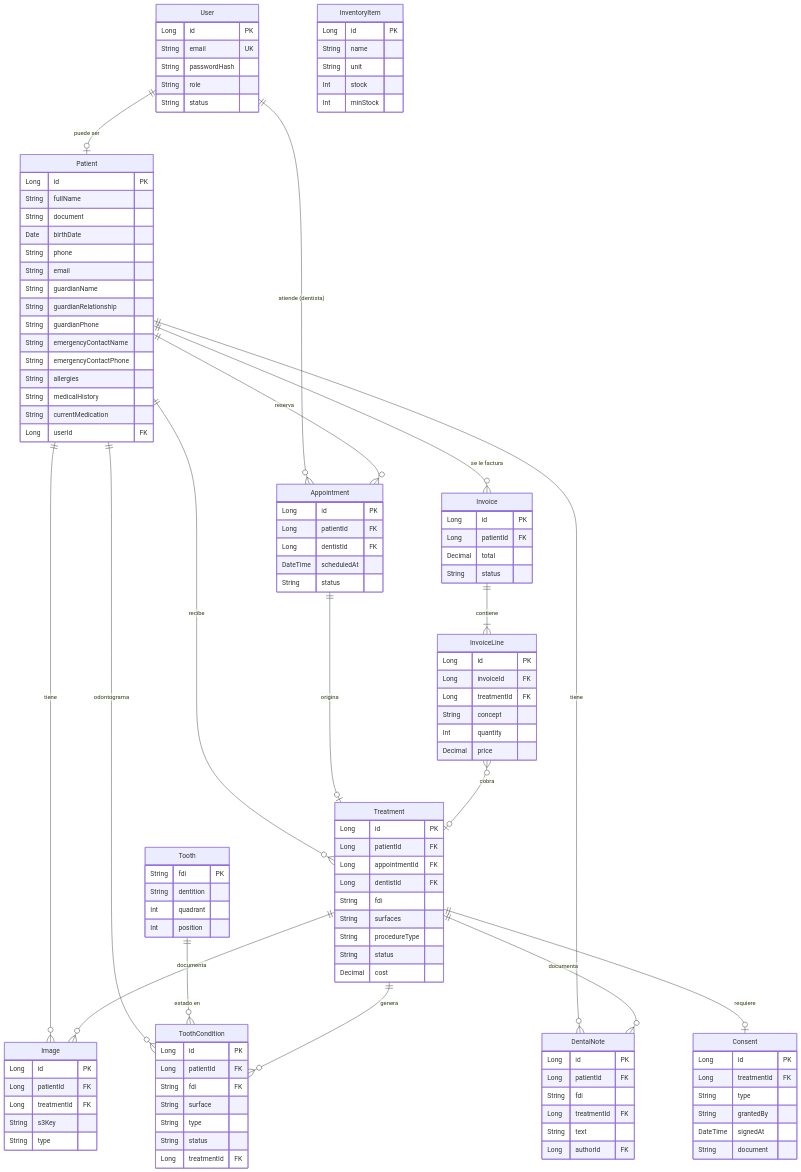
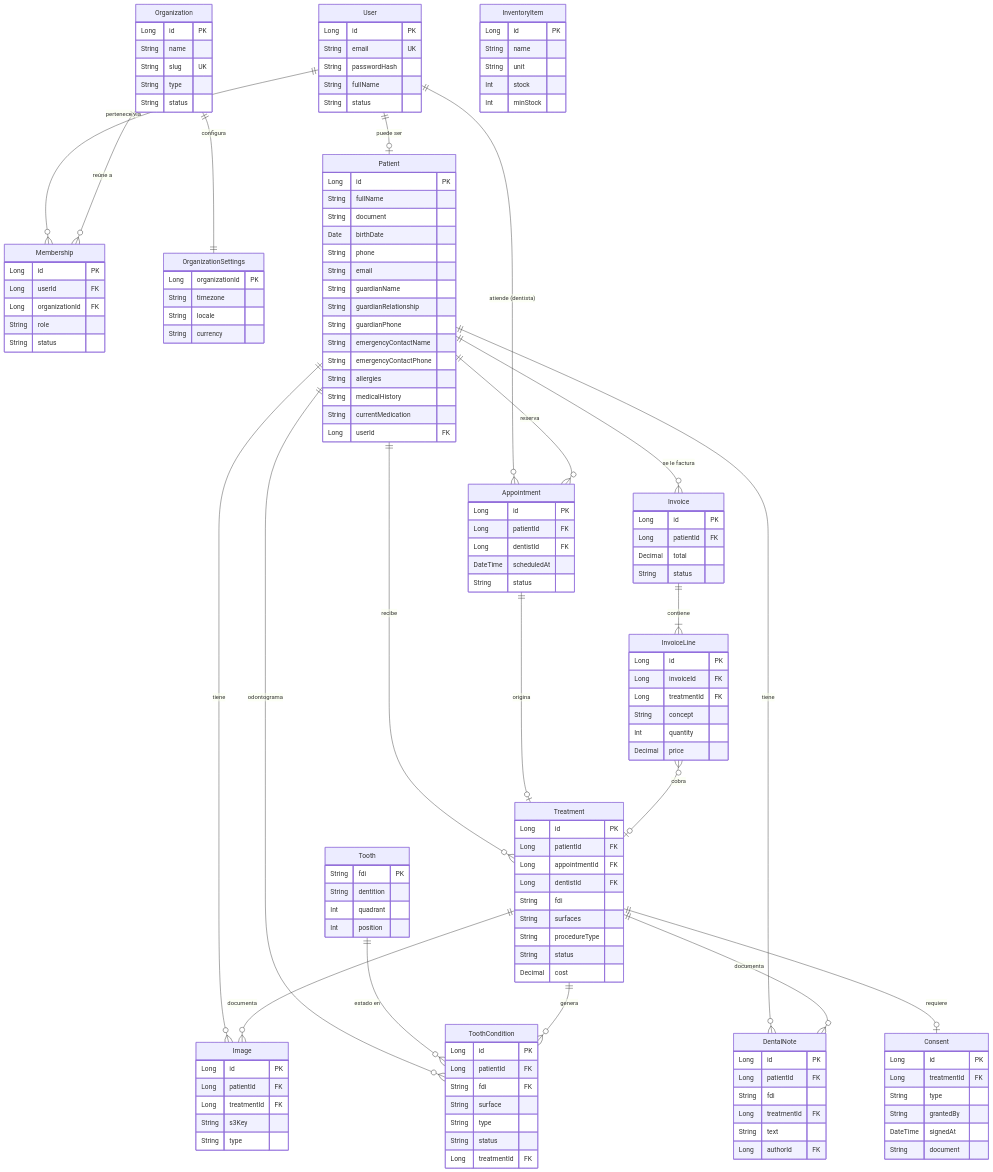
Before and after one commit to Davico84/DentDesk: the diagram in docs/domain.md, drawn with Mermaid. The commit also changed other lines of this file and 10 other files, not shown here.

````diff
--- a/docs/domain.md
+++ b/docs/domain.md
@@ -161,5 +180,8 @@
 ```mermaid
 erDiagram
+    User ||--o{ Membership : "pertenece vía"
+    Organization ||--o{ Membership : "reúne a"
+    Organization ||--|| OrganizationSettings : "configura"
     User ||--o| Patient : "puede ser"
     User ||--o{ Appointment : "atiende (dentista)"
     Patient ||--o{ Appointment : "reserva"
@@ -181,6 +203,26 @@
         Long id PK
         String email UK
         String passwordHash
+        String fullName
+        String status
+    }
+    Organization {
+        Long id PK
+        String name
+        String slug UK
+        String type
+        String status
+    }
+    OrganizationSettings {
+        Long organizationId PK
+        String timezone
+        String locale
+        String currency
+    }
+    Membership {
+        Long id PK
+        Long userId FK
+        Long organizationId FK
         String role
         String status
     }
````
